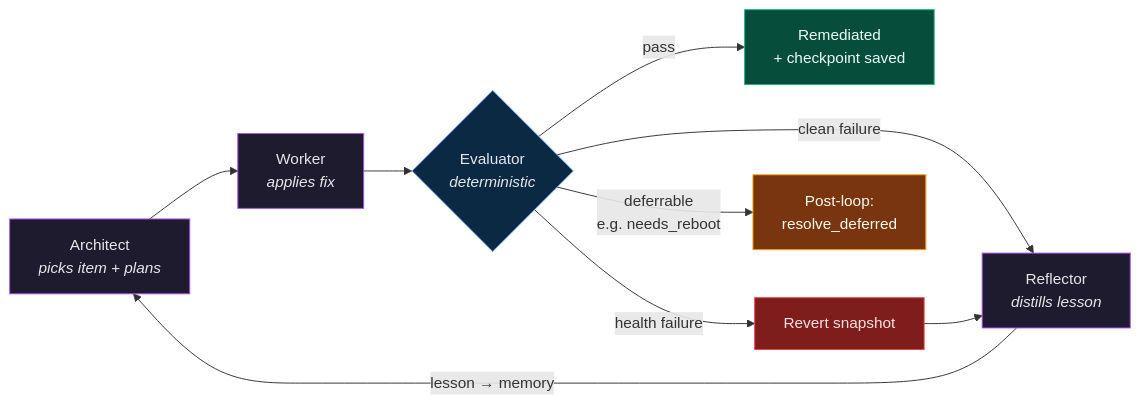
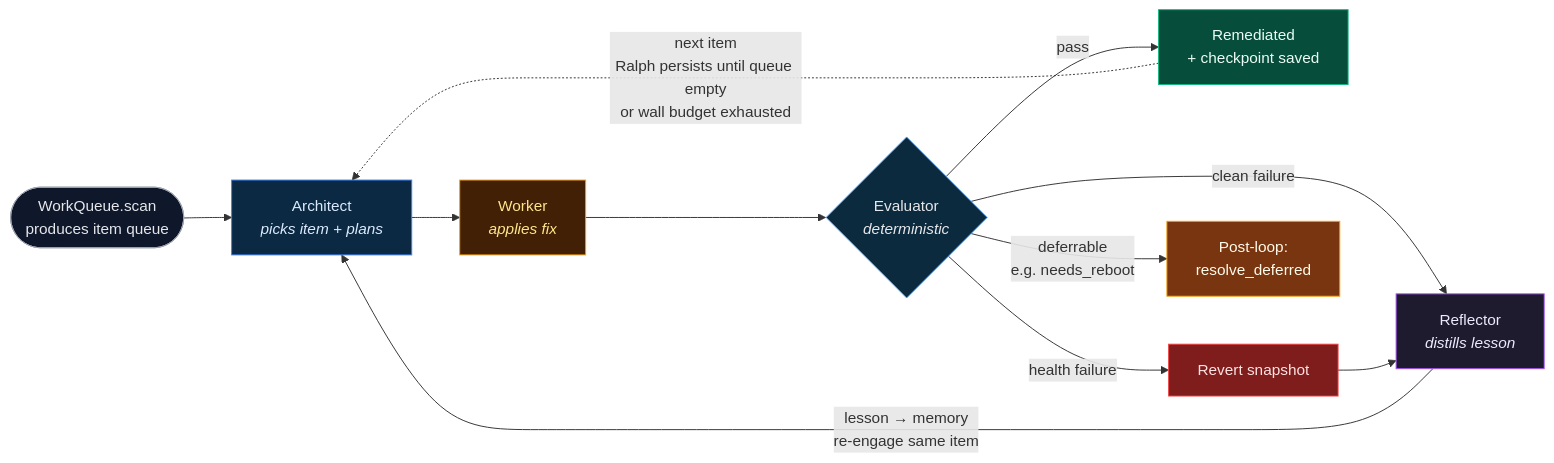
The first of 3 diagrams in docs/journal/architecture/00-system-architecture.md (kenrollins/gemma-forge), drawn with Mermaid before and after one commit. The commit also changed other lines of this file, not shown here.

First line of the commit message:
docs(architecture): reflexion+Ralph loops, memory tiers, JSONL substrate

````diff
--- a/docs/journal/architecture/00-system-architecture.md
+++ b/docs/journal/architecture/00-system-architecture.md
@@ -46,23 +46,31 @@
 ```mermaid
 flowchart LR
+    Scan([WorkQueue.scan<br/>produces item queue]) --> Arch
     Arch[Architect<br/><i>picks item + plans</i>] --> Work[Worker<br/><i>applies fix</i>]
     Work --> Eval{Evaluator<br/><i>deterministic</i>}
     Eval -->|pass| Done[Remediated<br/>+ checkpoint saved]
     Eval -->|clean failure| Refl[Reflector<br/><i>distills lesson</i>]
     Eval -->|health failure| Revert[Revert snapshot]
     Eval -->|deferrable<br/>e.g. needs_reboot| Defer[Post-loop:<br/>resolve_deferred]
     Revert --> Refl
-    Refl -->|lesson → memory| Arch
+    Refl -->|lesson → memory<br/>re-engage same item| Arch
+    Done -.->|next item<br/>Ralph persists until queue empty<br/>or wall budget exhausted| Arch
 
-    classDef agent fill:#1f1b2e,stroke:#A855F7,color:#E5E7EB
-    classDef deterministic fill:#0b2942,stroke:#60A5FA,color:#E5E7EB
+    classDef scan fill:#0f172a,stroke:#9CA3AF,color:#E5E7EB
+    classDef architect fill:#0b2942,stroke:#3B82F6,color:#DBEAFE
+    classDef worker fill:#422006,stroke:#F59E0B,color:#FDE68A
+    classDef eval fill:#0c2a3d,stroke:#60A5FA,color:#E5E7EB
+    classDef reflector fill:#1f1b2e,stroke:#A855F7,color:#EDE9FE
     classDef done fill:#064e3b,stroke:#10B981,color:#ECFDF5
     classDef fail fill:#7f1d1d,stroke:#EF4444,color:#FEE2E2
     classDef defer fill:#78350f,stroke:#F59E0B,color:#FFFBEB
 
-    class Arch,Work,Refl agent
-    class Eval deterministic
+    class Scan scan
+    class Arch architect
+    class Work worker
+    class Eval eval
+    class Refl reflector
     class Done done
     class Revert fail
     class Defer defer
 ```
````
